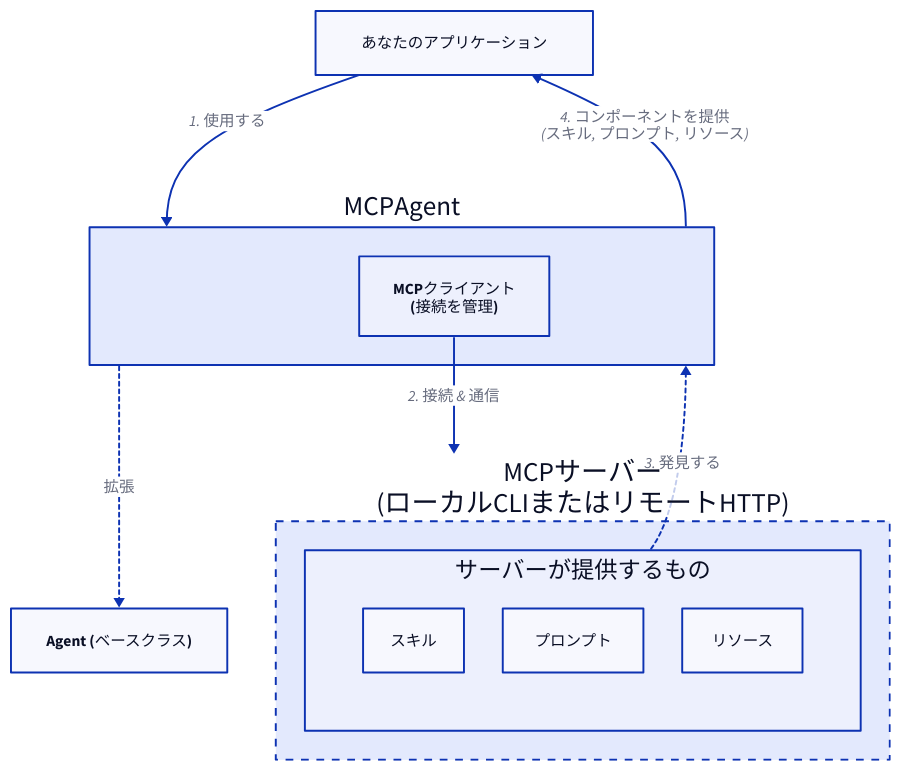
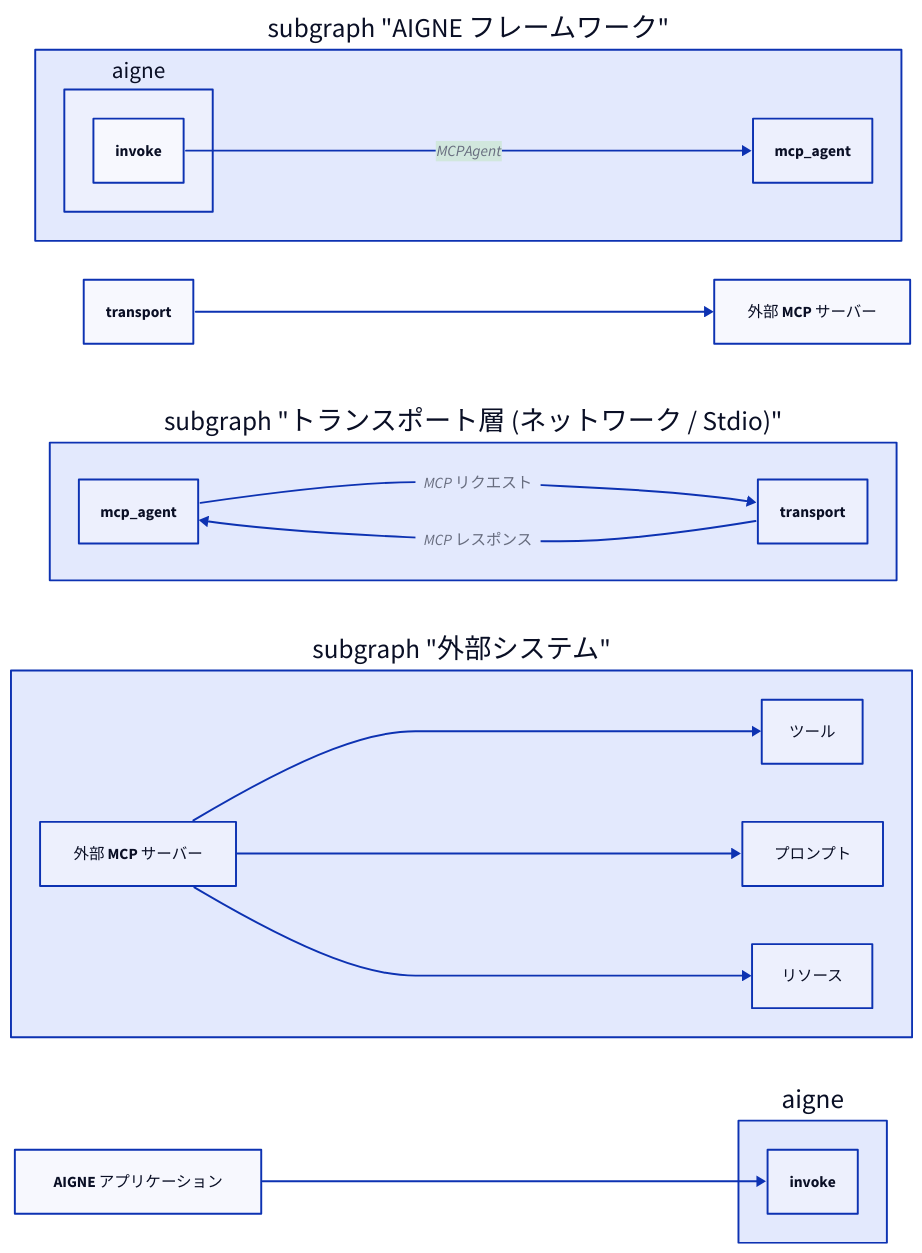
Before and after one commit to AIGNE-io/aigne-framework: the diagram in .aigne/doc-smith/docs/developer-guide-agents-mcp-agent.ja.md, drawn with D2. The commit also changed other lines of this file and 191 other files, not shown here.

````diff
--- a/.aigne/doc-smith/docs/developer-guide-agents-mcp-agent.ja.md
+++ b/.aigne/doc-smith/docs/developer-guide-agents-mcp-agent.ja.md
@@ -20,46 +16,28 @@
 ```d2
-direction: down
-
-Application: {
-  label: "あなたのアプリケーション"
-  shape: rectangle
+direction: right
+style: {
+  font-size: 14
 }
 
-MCPAgent: {
-  label: "MCPAgent"
-  shape: rectangle
+"AIGNE アプリケーション" -> aigne.invoke
 
-  MCP-Client: {
-    label: "MCPクライアント\n(接続を管理)"
+subgraph "AIGNE フレームワーク" {
+  aigne.invoke -> mcp_agent: "MCPAgent" {
+    shape: hexagon
+    style.fill: "#D1E7DD"
   }
 }
 
-Agent-Base: {
-  label: "Agent (ベースクラス)"
+subgraph "トランスポート層 (ネットワーク / Stdio)" {
+  mcp_agent -> transport: "MCP リクエスト"
+  transport -> mcp_agent: "MCP レスポンス"
 }
 
-MCP-Server: {
-  label: "MCPサーバー\n(ローカルCLIまたはリモートHTTP)"
-  shape: rectangle
-  style.stroke-dash: 4
+transport -> "外部 MCP サーバー"
 
-  Server-Offerings: {
-    label: "サーバーが提供するもの"
-    grid-columns: 3
-    Skills: {label: "スキル"}
-    Prompts: {label: "プロンプト"}
-    Resources: {label: "リソース"}
-  }
+subgraph "外部システム" {
+ "外部 MCP サーバー" -> "ツール"
+ "外部 MCP サーバー" -> "プロンプト"
+ "外部 MCP サーバー" -> "リソース"
 }
-
-Application -> MCPAgent: "1. 使用する"
-MCPAgent -> Agent-Base: "拡張" {
-  style.stroke-dash: 2
-}
-MCPAgent.MCP-Client -> MCP-Server: "2. 接続 & 通信"
-MCP-Server.Server-Offerings -> MCPAgent: "3. 発見する" {
-  style.stroke-dash: 2
-}
-MCPAgent -> Application: "4. コンポーネントを提供\n(スキル, プロンプト, リソース)"
-
 ```
````
